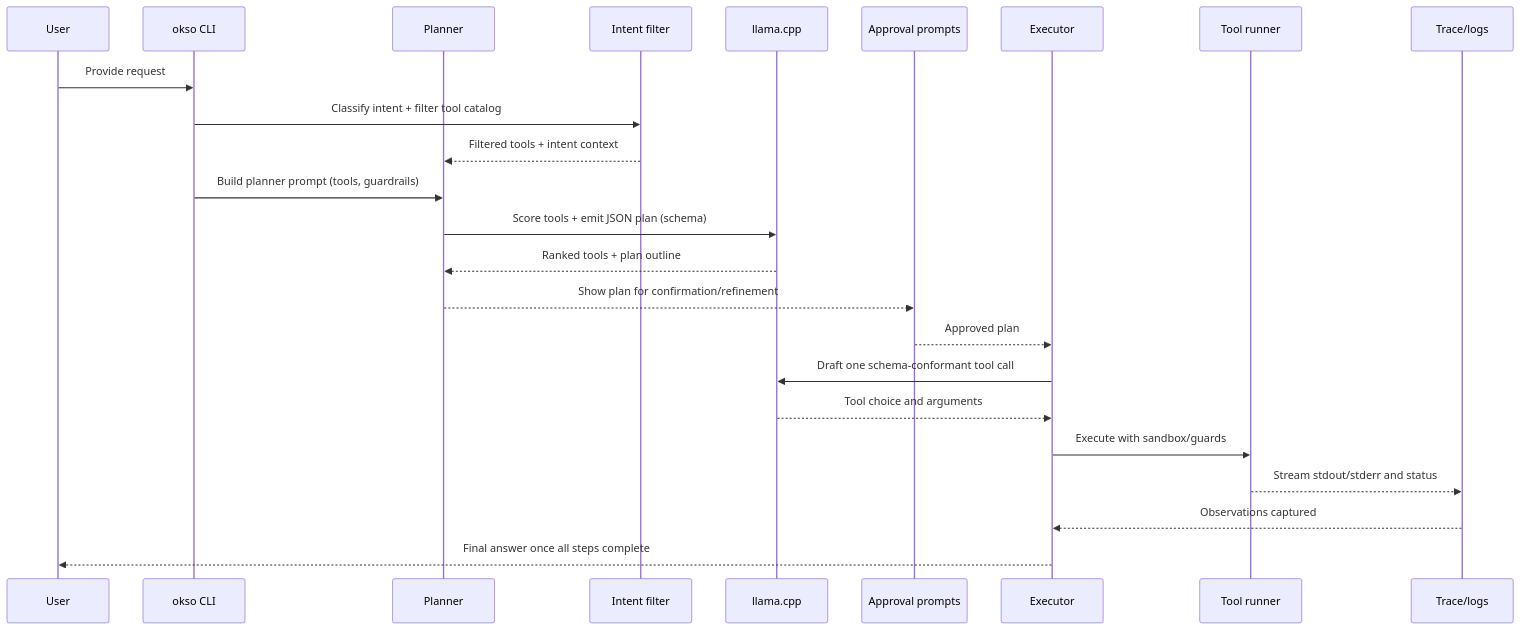
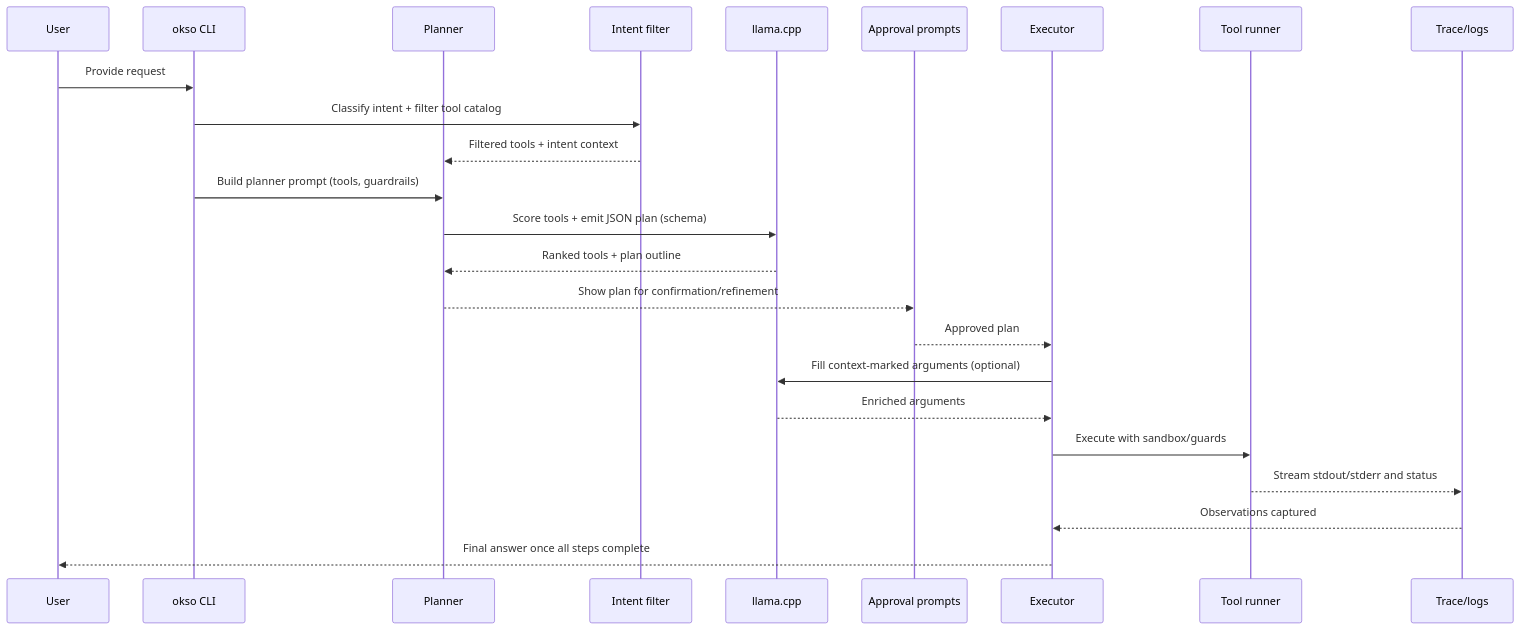
Before and after one commit to cmccomb/okso: the diagram in docs/reference/architecture.md, drawn with Mermaid. The commit also changed other lines of this file and 10 other files, not shown here.

````diff
--- a/docs/reference/architecture.md
+++ b/docs/reference/architecture.md
@@ -7,27 +7,27 @@
 ```mermaid
 sequenceDiagram
     participant User
     participant CLI as okso CLI
     participant Planner
     participant Intent as Intent filter
     participant Llama as llama.cpp
     participant Approver as Approval prompts
     participant Executor as Executor
     participant Tool as Tool runner
     participant Trace as Trace/logs
 
     User->>CLI: Provide request
     CLI->>Intent: Classify intent + filter tool catalog
     Intent-->>Planner: Filtered tools + intent context
     CLI->>Planner: Build planner prompt (tools, guardrails)
     Planner->>Llama: Score tools + emit JSON plan (schema)
     Llama-->>Planner: Ranked tools + plan outline
     Planner-->>Approver: Show plan for confirmation/refinement
     Approver-->>Executor: Approved plan
-    Executor->>Llama: Draft one schema-conformant tool call
-    Llama-->>Executor: Tool choice and arguments
+    Executor->>Llama: Fill context-marked arguments (optional)
+    Llama-->>Executor: Enriched arguments
     Executor->>Tool: Execute with sandbox/guards
     Tool-->>Trace: Stream stdout/stderr and status
     Trace-->>Executor: Observations captured
     Executor-->>User: Final answer once all steps complete
 ```
````
